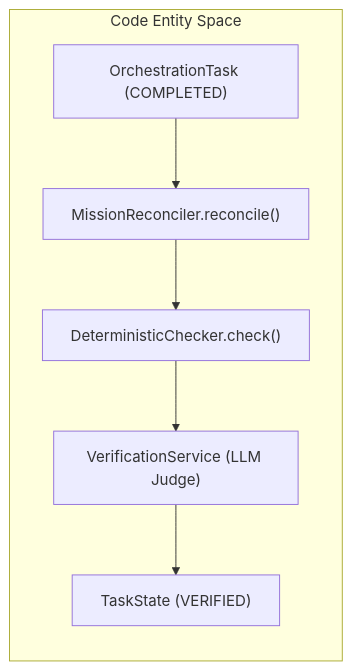
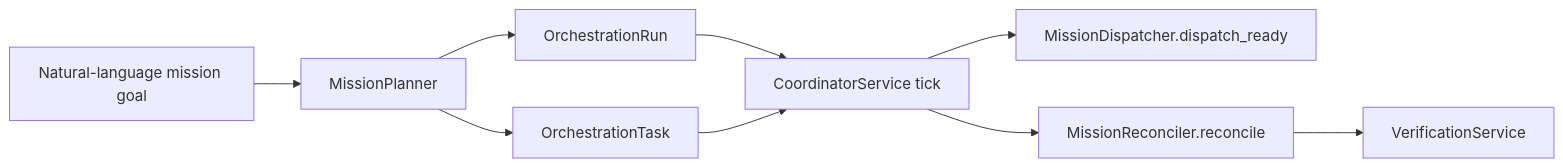
The first of 3 diagrams in docs/missions-multi-agent-coordination/coordinator-service-dispatcher.md (AutomatosAI/automatos-ai), drawn with Mermaid before and after one commit. The commit also changed other lines of this file and 188 other files, not shown here.

First line of the commit message:
docs: refresh architecture docs and add coverage for new subsystems (#1416)

````diff
--- a/docs/missions-multi-agent-coordination/coordinator-service-dispatcher.md
+++ b/docs/missions-multi-agent-coordination/coordinator-service-dispatcher.md
@@ -142,15 +81,20 @@
 ```mermaid
-graph LR
-    subgraph "Code Entity Space"
-        Task["OrchestrationTask (COMPLETED)"]
-        Reconciler["MissionReconciler.reconcile()"]
-        DetCheck["DeterministicChecker.check()"]
-        Judge["VerificationService (LLM Judge)"]
-        FinalState["TaskState (VERIFIED)"]
-    end
+flowchart LR
+    Goal["Natural-language mission goal"]
+    Planner["MissionPlanner"]
+    Run["OrchestrationRun"]
+    Task["OrchestrationTask"]
+    Tick["CoordinatorService tick"]
+    Dispatcher["MissionDispatcher.dispatch_ready"]
+    Reconciler["MissionReconciler.reconcile"]
+    Verifier["VerificationService"]
 
-    Task --> Reconciler
-    Reconciler --> DetCheck
-    DetCheck --> Judge
-    Judge --> FinalState
+    Goal --> Planner
+    Planner --> Run
+    Planner --> Task
+    Run --> Tick
+    Task --> Tick
+    Tick --> Dispatcher
+    Tick --> Reconciler
+    Reconciler --> Verifier
 ```
````
